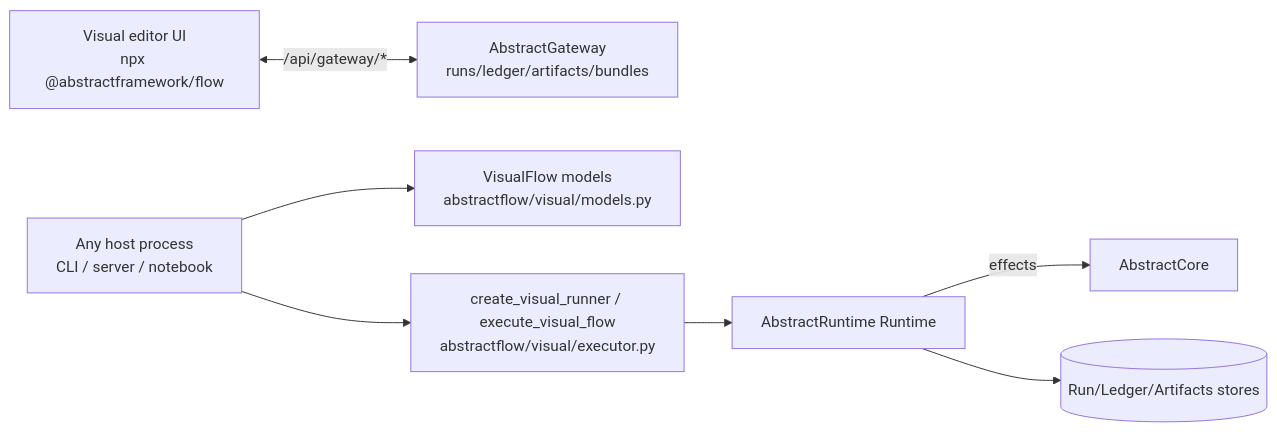
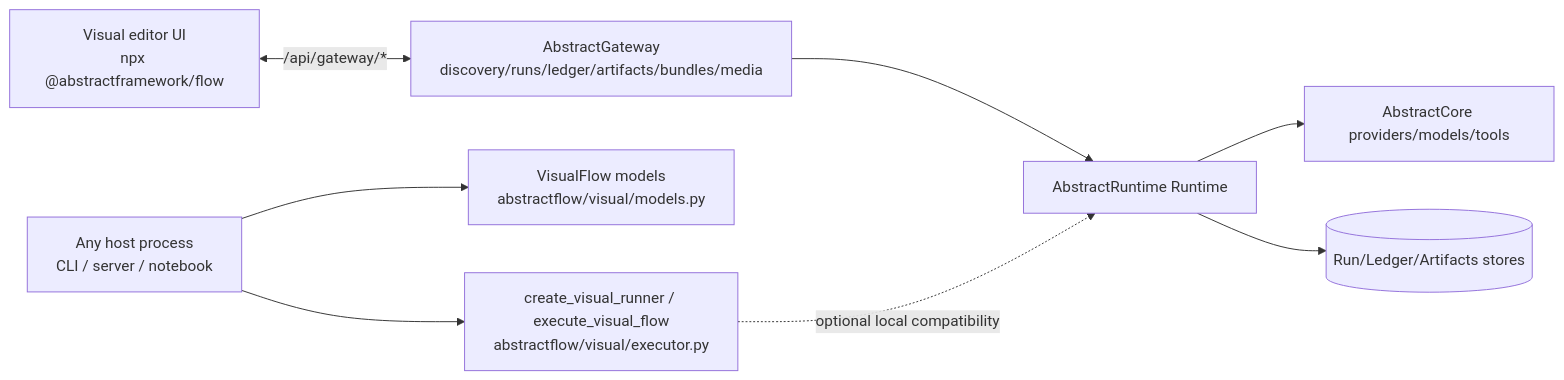
The diagram in README.md (lpalbou/AbstractFlow), drawn with Mermaid before and after one commit. The commit also changed other lines of this file and 51 other files, not shown here.

Commit message:
Release flow 0.3.13 with significant updates including native media authoring for music, image editing, and enhanced Gateway integration. Introduced new node types and improved model residency controls. Updated documentation to reflect changes in media catalog handling and Gateway interactions.

````diff
--- a/README.md
+++ b/README.md
@@ -20,10 +20,11 @@
 ```mermaid
 flowchart LR
-  UI[Visual editor UI<br/>npx @abstractframework/flow] <-->|/api/gateway/*| GW[AbstractGateway<br/>runs/ledger/artifacts/bundles]
+  UI[Visual editor UI<br/>npx @abstractframework/flow] <-->|/api/gateway/*| GW[AbstractGateway<br/>discovery/runs/ledger/artifacts/bundles/media]
+  GW --> RT[AbstractRuntime Runtime]
+  RT --> AC[AbstractCore providers/models/tools]
 
   HOST[Any host process<br/>CLI / server / notebook] --> VF[VisualFlow models<br/>abstractflow/visual/models.py]
   HOST --> RUN[create_visual_runner / execute_visual_flow<br/>abstractflow/visual/executor.py]
-  RUN --> RT[AbstractRuntime Runtime]
-  RT -->|effects| AC[AbstractCore]
+  RUN -. optional local compatibility .-> RT
   RT --> STORES[(Run/Ledger/Artifacts stores)]
 ```
````
